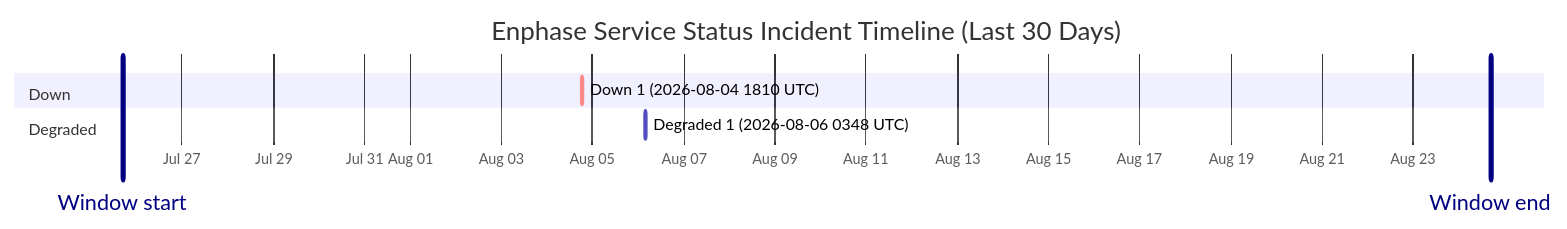
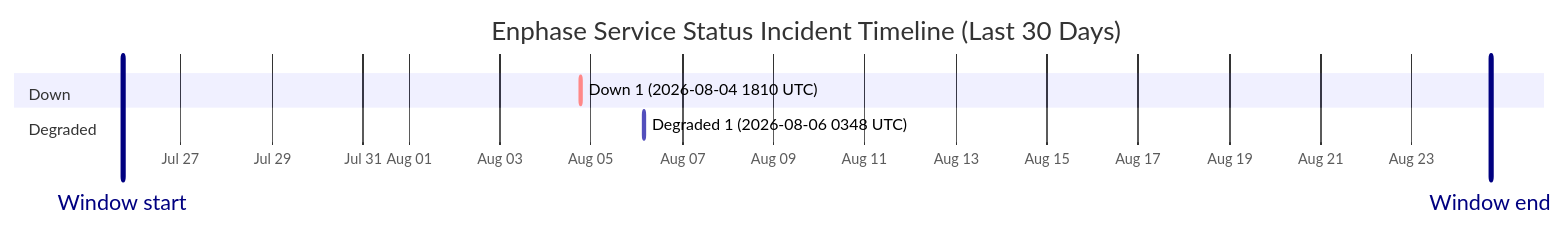
One commit to barneyonline/ha-enphase-energy changed the diagram in wiki/Service-Status-History.md. Above: the diagram before and after it, drawn with Mermaid. The commit also changed other lines of this file and 3 other files, not shown here.

````diff
--- a/wiki/Service-Status-History.md
+++ b/wiki/Service-Status-History.md
@@ -14,12 +14,12 @@
 ```mermaid
 gantt
     title Enphase Service Status Incident Timeline (Last 30 Days)
     dateFormat  YYYY-MM-DDTHH:mm:ss
     axisFormat  %b %d
-    Window start :vert, window-start, 2026-07-25T16:34:49, 0ms
-    Window end :vert, window-end, 2026-08-24T16:34:49, 0ms
+    Window start :vert, window-start, 2026-07-25T17:28:40, 0ms
+    Window end :vert, window-end, 2026-08-24T17:28:40, 0ms
     section Down
     Down 1 (2026-08-04 1810 UTC) :crit, down-1, 2026-08-04T18:10:46, 60m
     section Degraded
     Degraded 1 (2026-08-06 0348 UTC) :active, degraded-1, 2026-08-06T03:48:14, 60m
 ```
````
